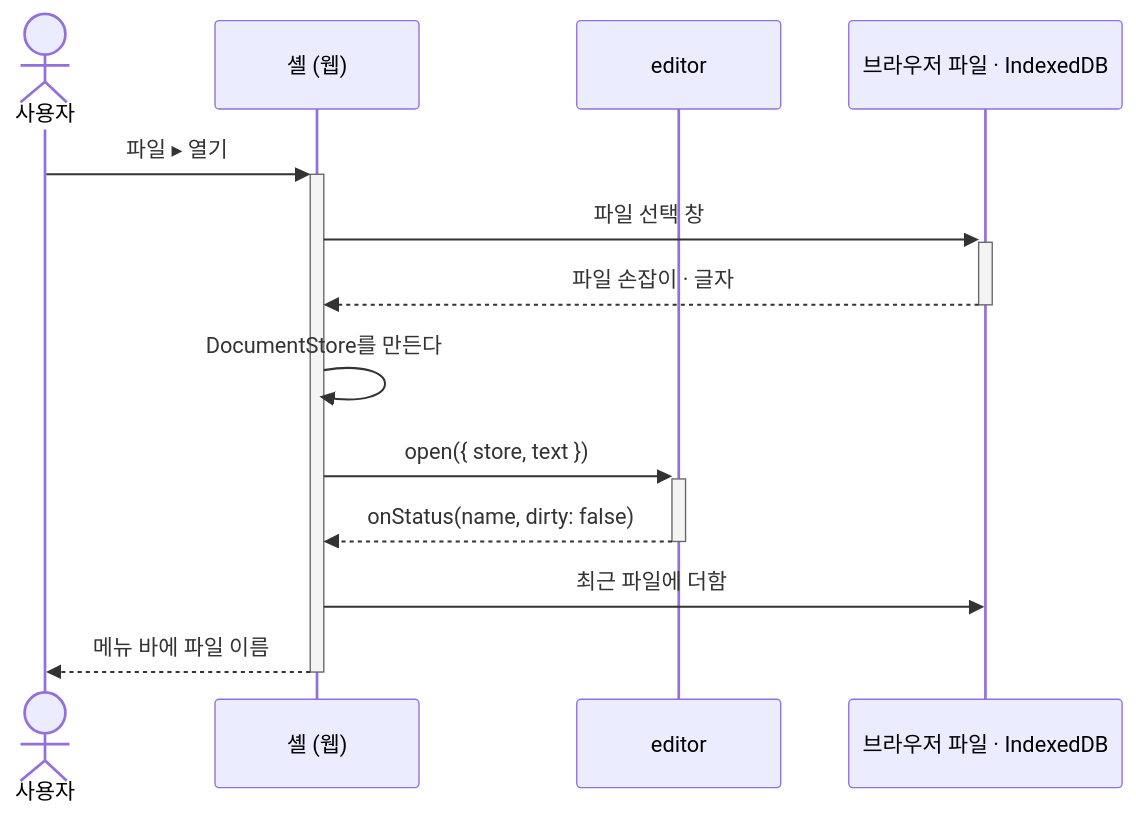
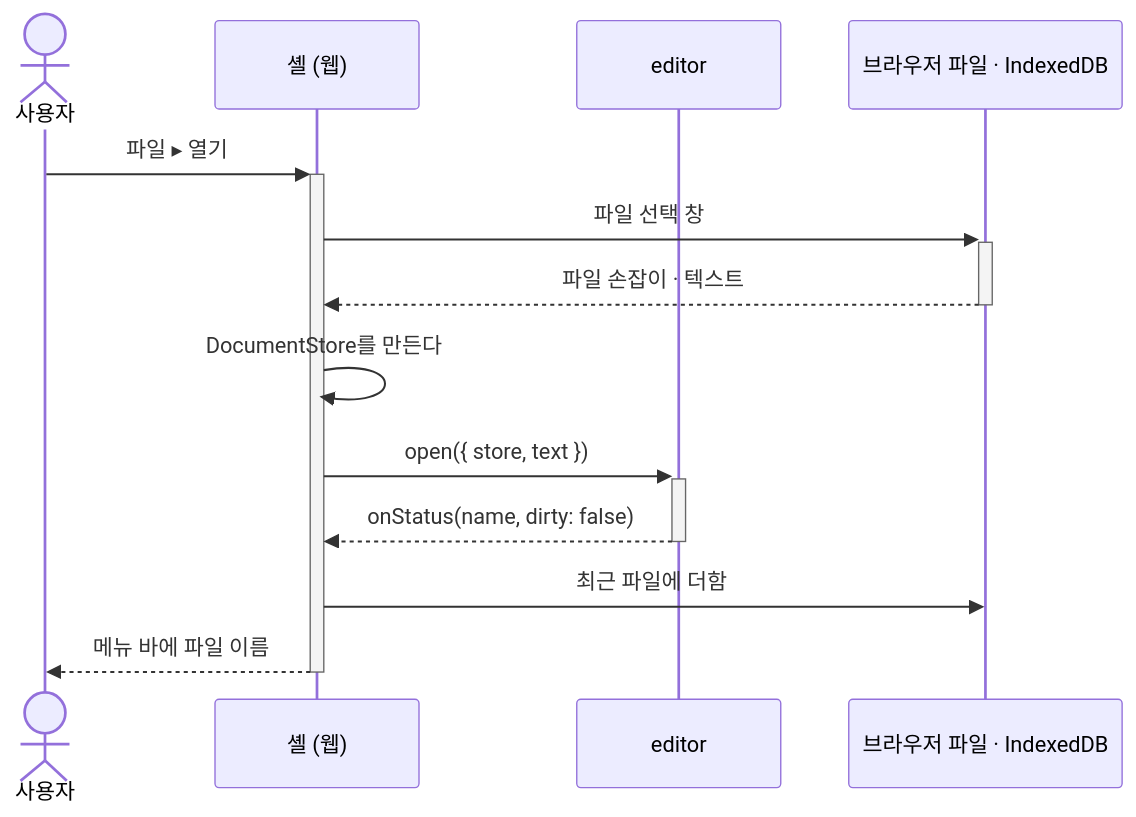
Before and after one commit to reddiana/AriadneNSD: the second of 2 diagrams in docs/04-design/03-editor.md, drawn with Mermaid. The commit also changed other lines of this file and 5 other files, not shown here.

````diff
--- a/docs/04-design/03-editor.md
+++ b/docs/04-design/03-editor.md
@@ -321,15 +321,15 @@
 ```mermaid
 sequenceDiagram
     actor U as 사용자
     participant S as 셸 (웹)
     participant E as editor
     participant F as 브라우저 파일 · IndexedDB
     U->>+S: 파일 ▸ 열기
     S->>+F: 파일 선택 창
-    F-->>-S: 파일 손잡이 · 글자
+    F-->>-S: 파일 손잡이 · 텍스트
     S->>S: DocumentStore를 만든다
     S->>+E: open({ store, text })
     E-->>-S: onStatus(name, dirty: false)
     S->>F: 최근 파일에 더함
     S-->>-U: 메뉴 바에 파일 이름
 ```
````
